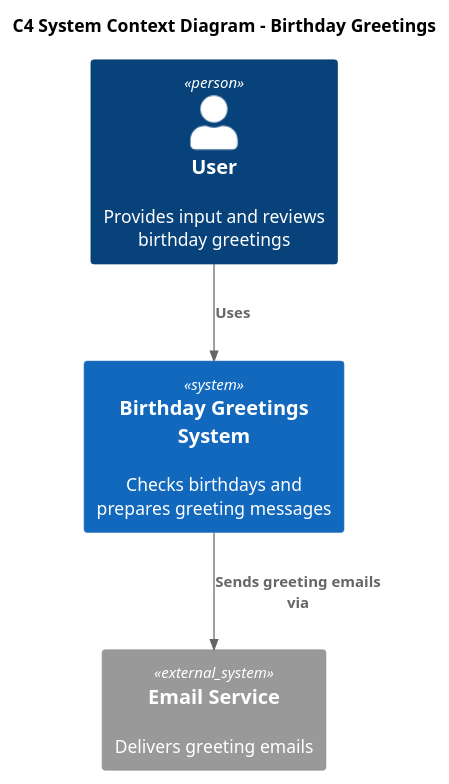
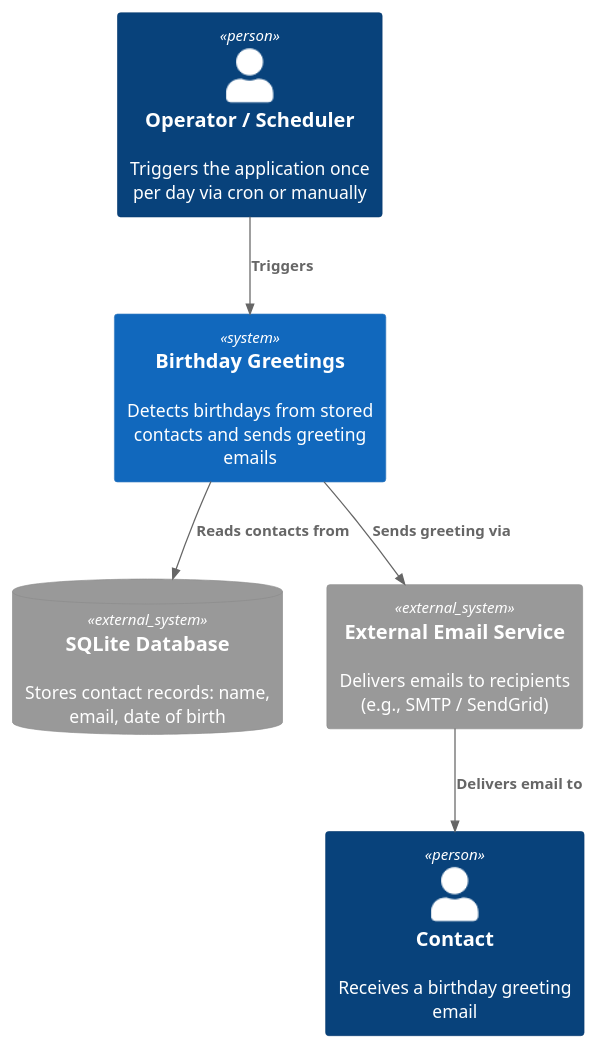
The diagram in architecture/diagrams/c4-context.puml (cetko4/sdp-powered-by-ai-agents-aleksandar-cetkovic), drawn with PlantUML before and after one commit. The commit also changed 23 other files, not shown here.

Commit message:
#5 docs(architecture): add arc42 documentation and C4 diagrams

```diff
--- a/architecture/diagrams/c4-context.puml
+++ b/architecture/diagrams/c4-context.puml
@@ -1,13 +1,16 @@
 @startuml c4-context
 !include https://raw.githubusercontent.com/plantuml-stdlib/C4-PlantUML/master/C4_Context.puml
 
-title C4 System Context Diagram - Birthday Greetings
+Person(operator, "Operator / Scheduler", "Triggers the application once per day via cron or manually")
+Person(contact, "Contact", "Receives a birthday greeting email")
 
-Person(user, "User", "Provides input and reviews birthday greetings")
-System(birthday_system, "Birthday Greetings System", "Checks birthdays and prepares greeting messages")
-System_Ext(email_service, "Email Service", "Delivers greeting emails")
+System(system, "Birthday Greetings", "Detects birthdays from stored contacts and sends greeting emails")
+SystemDb_Ext(db, "SQLite Database", "Stores contact records: name, email, date of birth")
+System_Ext(email, "External Email Service", "Delivers emails to recipients (e.g., SMTP / SendGrid)")
 
-Rel(user, birthday_system, "Uses")
-Rel(birthday_system, email_service, "Sends greeting emails via")
+Rel(operator, system, "Triggers")
+Rel(system, db, "Reads contacts from")
+Rel(system, email, "Sends greeting via")
+Rel(email, contact, "Delivers email to")
 
 @enduml
```
